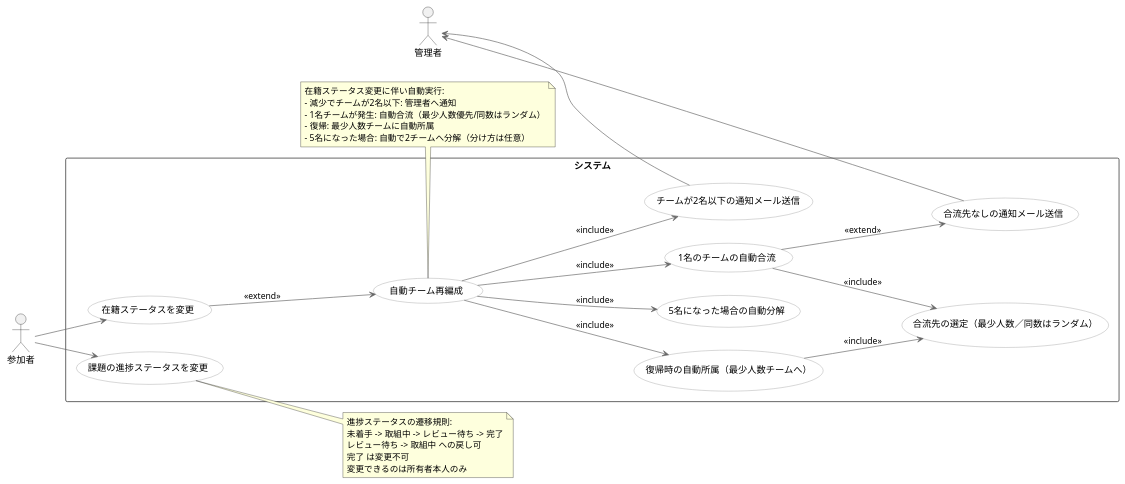
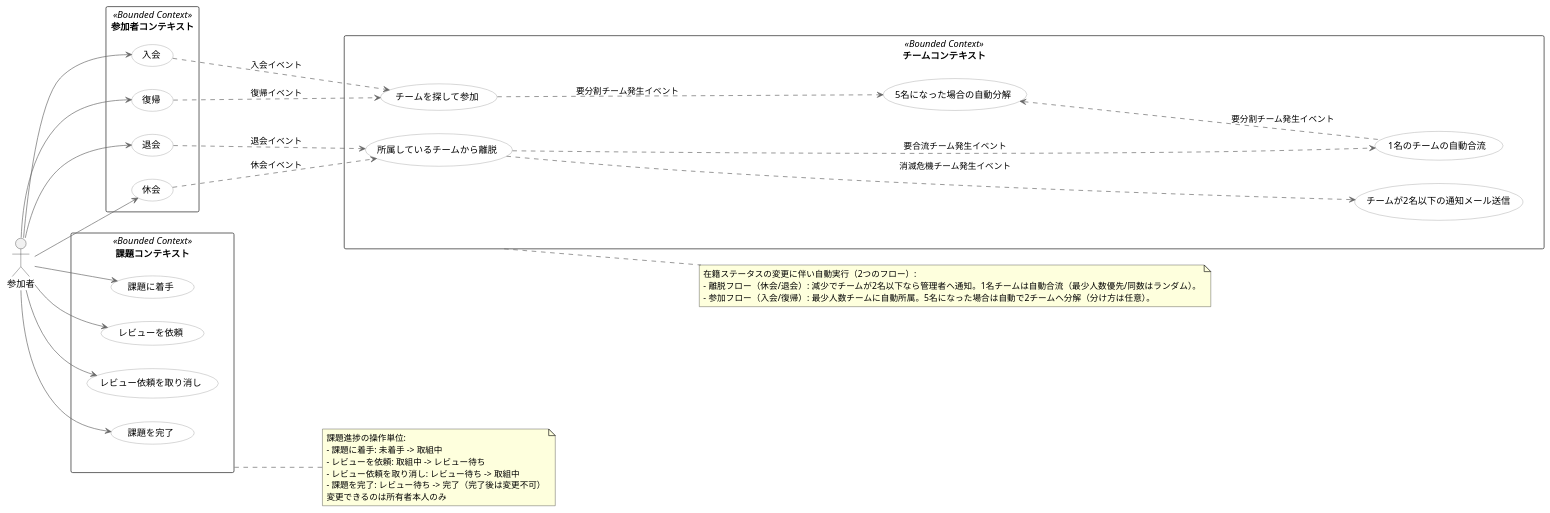
One commit to yukun-web/PrAhaChallengeOnPrAhaChallenge changed the diagram in docs/ユースケース図.plantuml. Above: the diagram before and after it, drawn with PlantUML. The commit also changed 2 other files, not shown here.

Commit message:
境界づけられたコンテキストを反映したモデル図、仕様書、ユースケース図を更新

```diff
--- a/docs/ユースケース図.plantuml
+++ b/docs/ユースケース図.plantuml
@@ -1,63 +1,86 @@
 @startuml
-' プラハチャレンジ ユースケース図
+' プラハチャレンジ ユースケース図（境界づけられたコンテキスト別）
 left to right direction
+
 skinparam packageStyle rectangle
 skinparam shadowing false
 skinparam usecase {
   BackgroundColor White
   BorderColor #888
   ArrowColor #666
 }
 
 actor 参加者 as Participant
-actor 管理者 as Admin
-rectangle システム {
-  usecase "在籍ステータスを変更" as UC_ChangeEnrollment
-  usecase "課題の進捗ステータスを変更" as UC_ChangeProgress
-  usecase "自動チーム再編成" as UC_AutoRestructure
-  usecase "チームが2名以下の通知メール送信" as UC_NotifyLowTeam
-  usecase "1名のチームの自動合流" as UC_AutoMerge
-  usecase "合流先の選定（最少人数／同数はランダム）" as UC_SelectDest
-  usecase "合流先なしの通知メール送信" as UC_NotifyNoDest
-  usecase "復帰時の自動所属（最少人数チームへ）" as UC_AutoAssignOnReturn
-  usecase "5名になった場合の自動分解" as UC_AutoSplit
+
+' 参加者コンテキスト
+package "参加者コンテキスト" as UC_Participant <<Bounded Context>> {
+  usecase "入会" as UC_Enroll
+  usecase "休会" as UC_Pause
+  usecase "復帰" as UC_Return
+  usecase "退会" as UC_Leave
+}
+
+' チームコンテキスト
+package "チームコンテキスト" as UC_Team <<Bounded Context>> {
+  together {
+    usecase "チームを探して参加" as UC_FindAndJoin
+    usecase "所属しているチームから離脱" as UC_LeaveTeam
+  }
+
+  together {
+    usecase "チームが2名以下の通知メール送信" as UC_NotifyLowTeam
+    usecase "1名のチームの自動合流" as UC_AutoMerge
+    usecase "5名になった場合の自動分解" as UC_AutoSplit
+  }
+
+
+}
+
+' 課題コンテキスト
+package "課題コンテキスト" as UC_Task <<Bounded Context>> {
+  usecase "課題に着手" as UC_StartTask
+  usecase "レビューを依頼" as UC_RequestReview
+  usecase "レビュー依頼を取り消し" as UC_CancelReview
+  usecase "課題を完了" as UC_CompleteTask
 }
 
 ' アクターとユースケースの関連
-Participant --> UC_ChangeEnrollment
-Participant --> UC_ChangeProgress
+Participant --> UC_Enroll
+Participant --> UC_Pause
+Participant --> UC_Return
+Participant --> UC_Leave
 
-' システム内部の振る舞い（include / extend）
-UC_ChangeEnrollment --> UC_AutoRestructure : <<extend>>
+Participant --> UC_StartTask
+Participant --> UC_RequestReview
+Participant --> UC_CancelReview
+Participant --> UC_CompleteTask
 
-UC_AutoRestructure --> UC_NotifyLowTeam : <<include>>
-UC_AutoRestructure --> UC_AutoMerge : <<include>>
-UC_AutoRestructure --> UC_AutoAssignOnReturn : <<include>>
-UC_AutoRestructure --> UC_AutoSplit : <<include>>
+' チームコンテキスト内の振る舞い
+UC_LeaveTeam .down.> UC_NotifyLowTeam : 消滅危機チーム発生イベント
+UC_LeaveTeam .down.> UC_AutoMerge : 要合流チーム発生イベント
+UC_FindAndJoin .down.> UC_AutoSplit : 要分割チーム発生イベント
+UC_AutoMerge .up.> UC_AutoSplit: 要分割チーム発生イベント
 
-UC_AutoMerge --> UC_SelectDest : <<include>>
-UC_AutoAssignOnReturn --> UC_SelectDest : <<include>>
-UC_AutoMerge --> UC_NotifyNoDest : <<extend>>
-
-' 管理者は通知メールを受け取る
-Admin <-- UC_NotifyLowTeam
-Admin <-- UC_NotifyNoDest
+' コンテキスト連携（イベント/メッセージ駆動）
+UC_Pause .down.> UC_LeaveTeam : 休会イベント
+UC_Leave .down.> UC_LeaveTeam : 退会イベント
+UC_Enroll .down.> UC_FindAndJoin : 入会イベント
+UC_Return .down.> UC_FindAndJoin : 復帰イベント
 
 ' 制約・補足（注釈）
-note right of UC_ChangeProgress
-  進捗ステータスの遷移規則:
-  未着手 -> 取組中 -> レビュー待ち -> 完了
-  レビュー待ち -> 取組中 への戻し可
-  完了 は変更不可
+note right of UC_Task
+  課題進捗の操作単位:
+  - 課題に着手: 未着手 -> 取組中
+  - レビューを依頼: 取組中 -> レビュー待ち
+  - レビュー依頼を取り消し: レビュー待ち -> 取組中
+  - 課題を完了: レビュー待ち -> 完了（完了後は変更不可）
   変更できるのは所有者本人のみ
 end note
 
-note bottom of UC_AutoRestructure
-  在籍ステータス変更に伴い自動実行:
-  - 減少でチームが2名以下: 管理者へ通知
-  - 1名チームが発生: 自動合流（最少人数優先/同数はランダム）
-  - 復帰: 最少人数チームに自動所属
-  - 5名になった場合: 自動で2チームへ分解（分け方は任意）
+note right of UC_Team
+  在籍ステータスの変更に伴い自動実行（2つのフロー）:
+  - 離脱フロー（休会/退会）: 減少でチームが2名以下なら管理者へ通知。1名チームは自動合流（最少人数優先/同数はランダム）。
+  - 参加フロー（入会/復帰）: 最少人数チームに自動所属。5名になった場合は自動で2チームへ分解（分け方は任意）。
 end note
 
 @enduml
```
